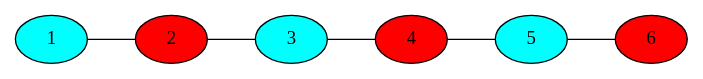
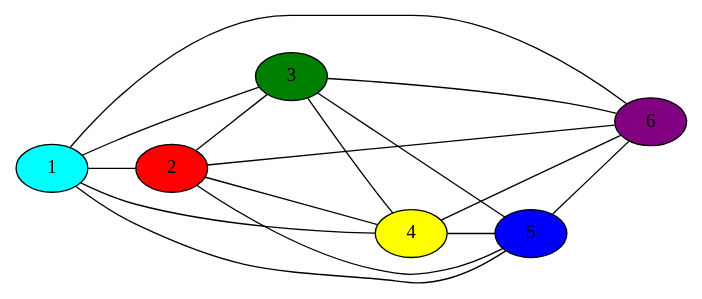
One commit to AnhNguyen208/BT_ToanRR changed the diagram in graph.gv. Above: the diagram before and after it, drawn with Graphviz. The commit also changed 5 other files, not shown here.

```diff
--- a/graph.gv
+++ b/graph.gv
@@ -1,14 +1,24 @@
 graph {
 rankdir=LR;
 1 [fillcolor=cyan, style=filled];
 2 [fillcolor=red, style=filled];
-3 [fillcolor=cyan, style=filled];
-4 [fillcolor=red, style=filled];
-5 [fillcolor=cyan, style=filled];
-6 [fillcolor=red, style=filled];
+3 [fillcolor=green, style=filled];
+4 [fillcolor=yellow, style=filled];
+5 [fillcolor=blue, style=filled];
+6 [fillcolor=purple, style=filled];
 1 -- 2;
 2 -- 3;
 3 -- 4;
 4 -- 5;
 5 -- 6;
+1 -- 6;
+1 -- 3;
+1 -- 4;
+1 -- 5;
+2 -- 4;
+2 -- 5;
+2 -- 6;
+3 -- 5;
+3 -- 6;
+4 -- 6;
 }
```
